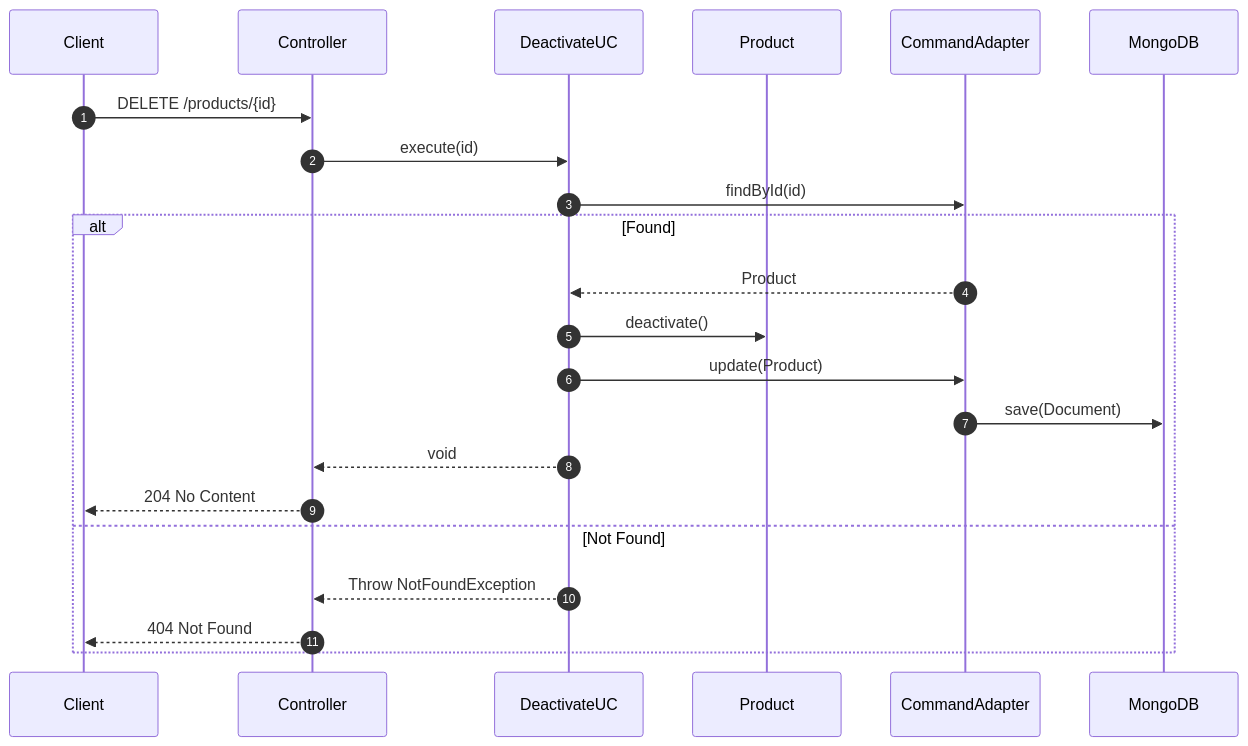
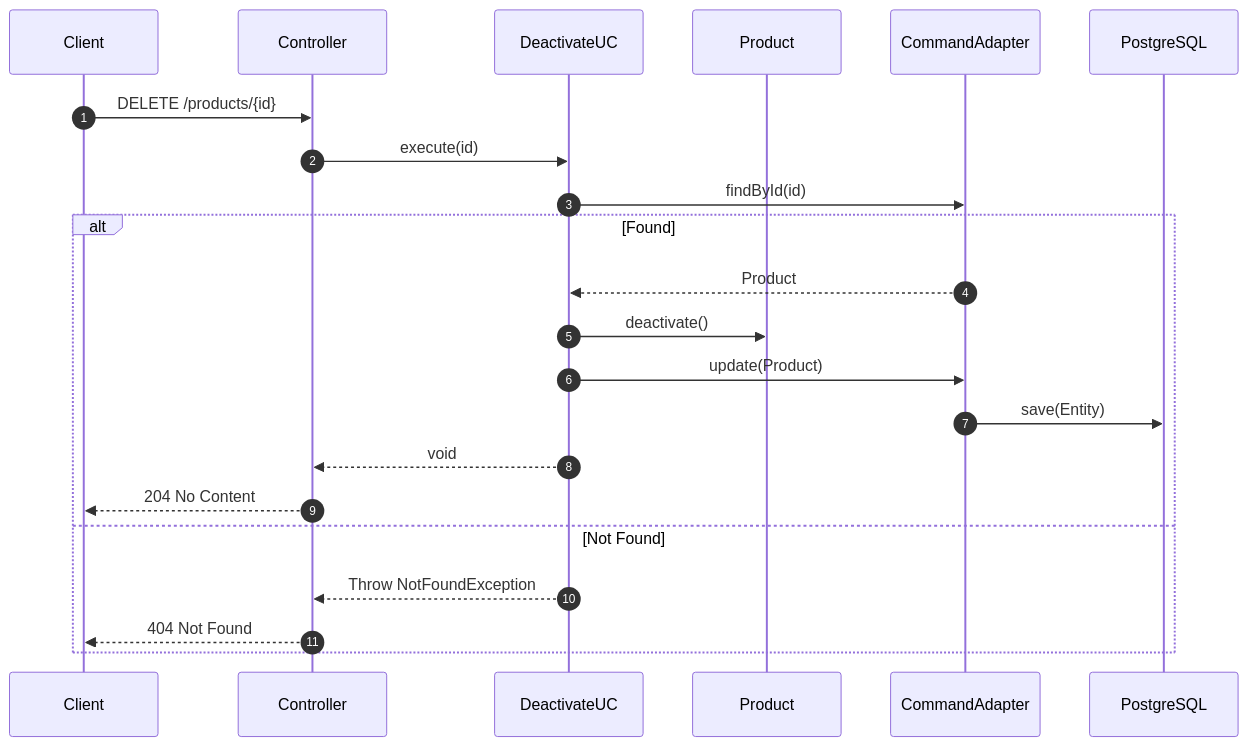
Before and after one commit to wallanpsantos/ms-product-catalog: the tenth of 11 diagrams in README.md, drawn with Mermaid. The commit also changed other lines of this file and 7 other files, not shown here.

First line of the commit message:
docs: atualiza documentação para refletir migração de MongoDB para PostgreSQL

````diff
--- a/README.md
+++ b/README.md
@@ -533,24 +533,24 @@
 ```mermaid
 sequenceDiagram
     autonumber
     participant C as Client
     participant CTRL as Controller
     participant UC as DeactivateUC
     participant DOM as Product
     participant GW as CommandAdapter
-    participant DB as MongoDB
+    participant DB as PostgreSQL
     C ->> CTRL: DELETE /products/{id}
     CTRL ->> UC: execute(id)
     UC ->> GW: findById(id)
     alt Found
         GW -->> UC: Product
         UC ->> DOM: deactivate()
         UC ->> GW: update(Product)
-        GW ->> DB: save(Document)
+        GW ->> DB: save(Entity)
         UC -->> CTRL: void
         CTRL -->> C: 204 No Content
     else Not Found
         UC -->> CTRL: Throw NotFoundException
         CTRL -->> C: 404 Not Found
     end
 ```
````
